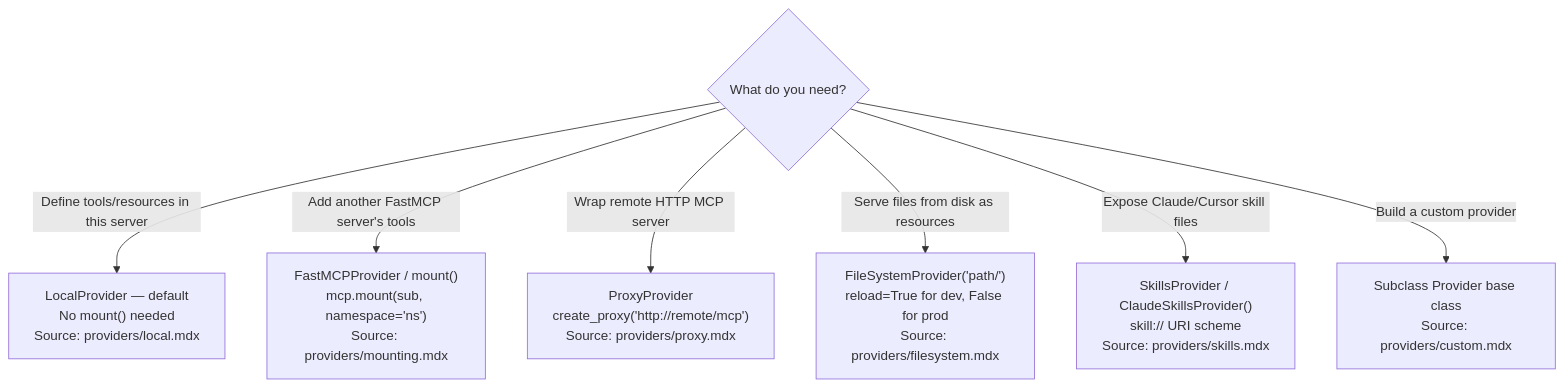
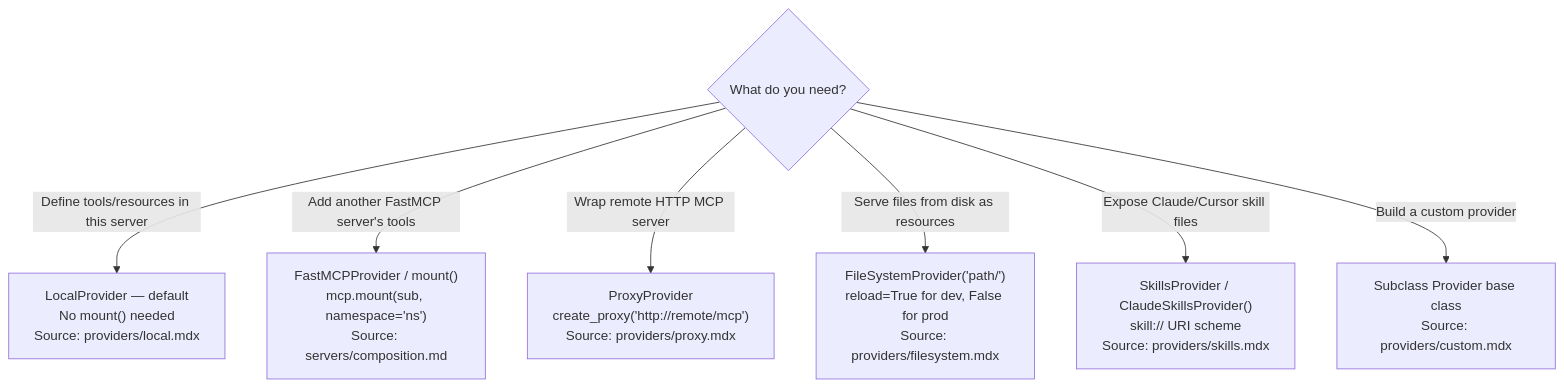
The first of 3 diagrams in plugins/fastmcp-creator/skills/fastmcp-creator/SKILL.md (chgreer1070/claude_skills), drawn with Mermaid before and after one commit. The commit also changed other lines of this file and 9 other files, not shown here.

````diff
--- a/plugins/fastmcp-creator/skills/fastmcp-creator/SKILL.md
+++ b/plugins/fastmcp-creator/skills/fastmcp-creator/SKILL.md
@@ -53,10 +60,10 @@
 ```mermaid
 flowchart TD
     Q1{What do you need?}
     Q1 -->|Define tools/resources in this server| LC["LocalProvider — default<br>No mount() needed<br>Source: providers/local.mdx"]
-    Q1 -->|Add another FastMCP server's tools| MC["FastMCPProvider / mount()<br>mcp.mount(sub, namespace='ns')<br>Source: providers/mounting.mdx"]
+    Q1 -->|Add another FastMCP server's tools| MC["FastMCPProvider / mount()<br>mcp.mount(sub, namespace='ns')<br>Source: servers/composition.md"]
     Q1 -->|Wrap remote HTTP MCP server| PC["ProxyProvider<br>create_proxy('http://remote/mcp')<br>Source: providers/proxy.mdx"]
     Q1 -->|Serve files from disk as resources| FC["FileSystemProvider('path/')<br>reload=True for dev, False for prod<br>Source: providers/filesystem.mdx"]
     Q1 -->|Expose Claude/Cursor skill files| SC["SkillsProvider / ClaudeSkillsProvider()<br>skill:// URI scheme<br>Source: providers/skills.mdx"]
     Q1 -->|Build a custom provider| CC["Subclass Provider base class<br>Source: providers/custom.mdx"]
 ```
````
